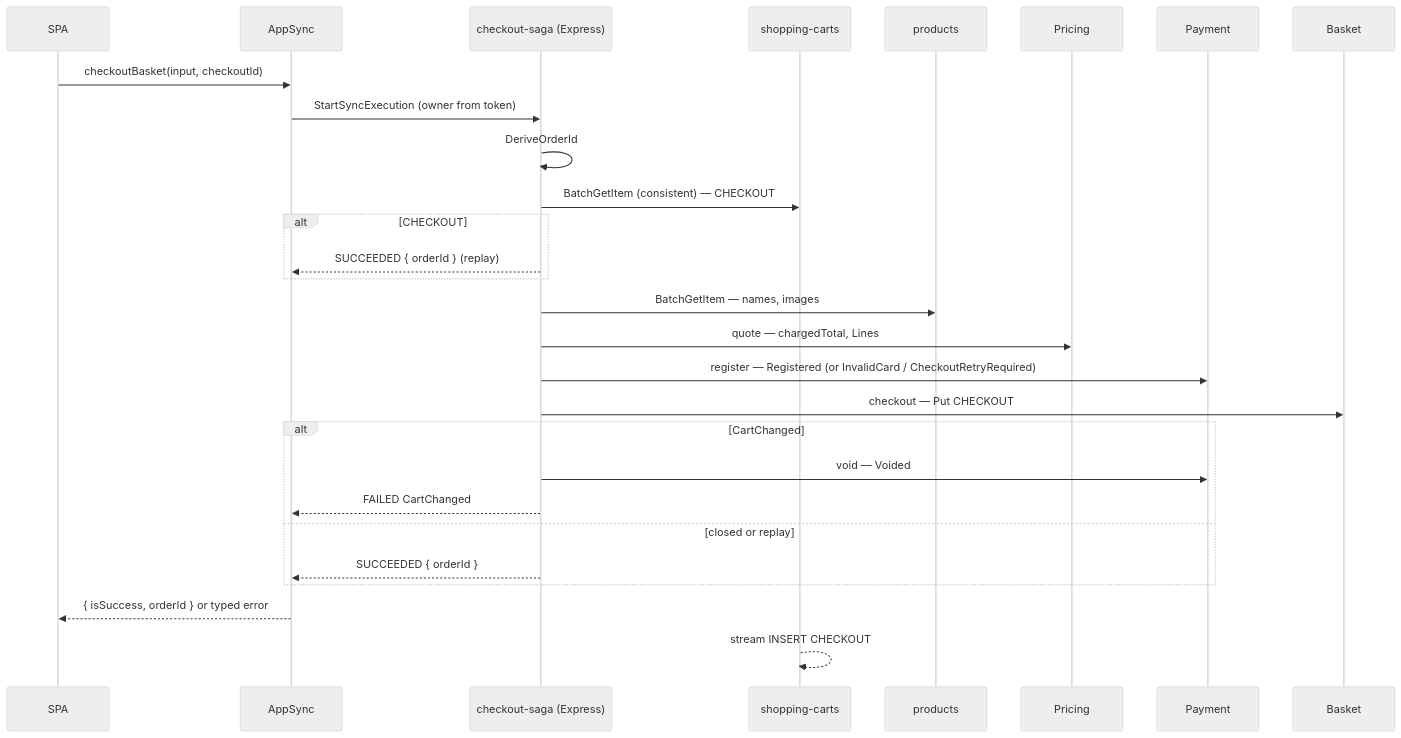
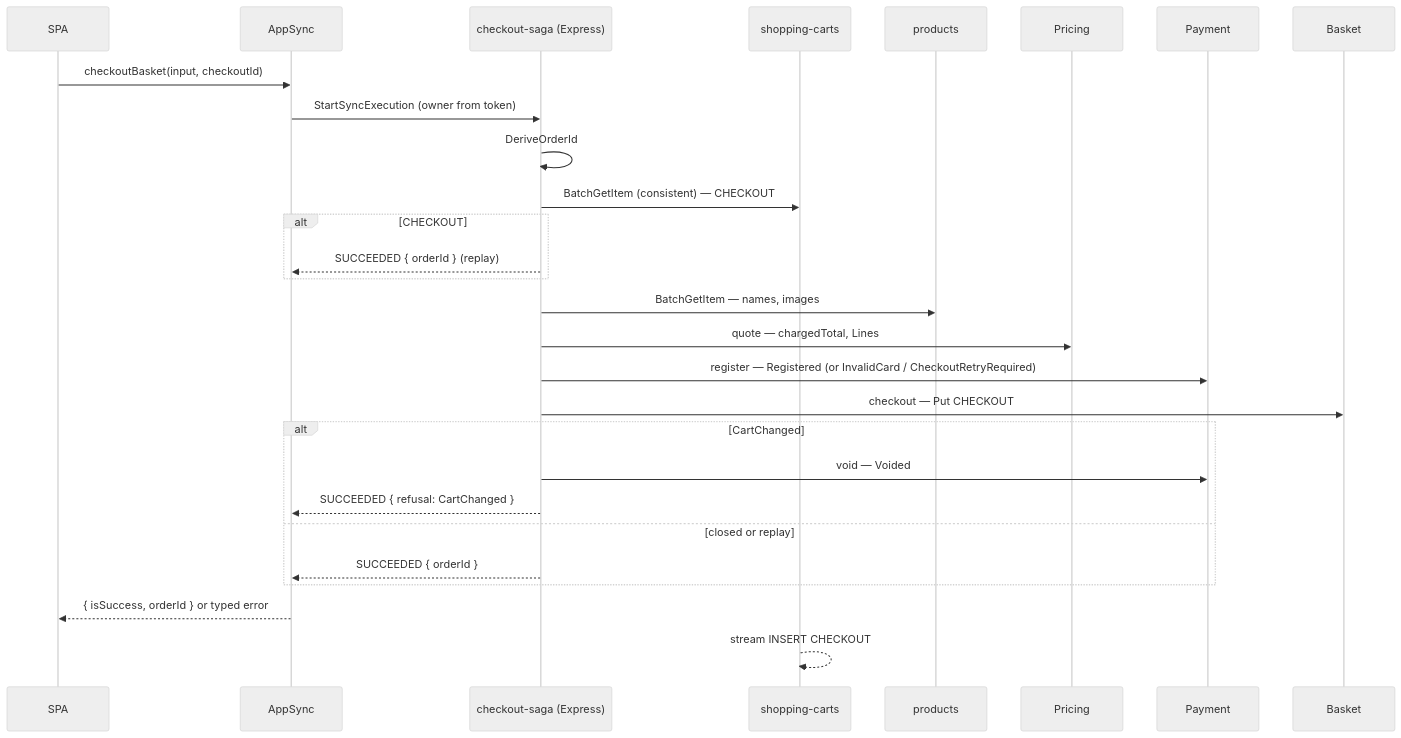
One commit to KeveenMenezes/DuckStore.AWS changed the diagram in docs/adr/0050-checkout-step-functions-express-saga.md. Above: the diagram before and after it, drawn with Mermaid (neutral theme). The commit also changed other lines of this file and 4 other files, not shown here.

````diff
--- a/docs/adr/0050-checkout-step-functions-express-saga.md
+++ b/docs/adr/0050-checkout-step-functions-express-saga.md
@@ -253,30 +257,30 @@
 ```mermaid
 sequenceDiagram
     participant SPA
     participant AppSync
     participant SFN as checkout-saga (Express)
     participant Cart as shopping-carts
     participant Cat as products
     participant Pricing
     participant Payment
     participant Basket
     SPA->>AppSync: checkoutBasket(input, checkoutId)
     AppSync->>SFN: StartSyncExecution (owner from token)
     SFN->>SFN: DeriveOrderId
     SFN->>Cart: BatchGetItem (consistent) — CHECKOUT# record, cart
     alt CHECKOUT# exists
         SFN-->>AppSync: SUCCEEDED { orderId } (replay)
     end
     SFN->>Cat: BatchGetItem — names, images
     SFN->>Pricing: quote — chargedTotal, Lines
     SFN->>Payment: register — Registered (or InvalidCard / CheckoutRetryRequired)
     SFN->>Basket: checkout — Put CHECKOUT# + Delete cart if Version (retried)
     alt CartChanged
         SFN->>Payment: void — Voided
-        SFN-->>AppSync: FAILED CartChanged
+        SFN-->>AppSync: SUCCEEDED { refusal: CartChanged }
     else closed or replay
         SFN-->>AppSync: SUCCEEDED { orderId }
     end
     AppSync-->>SPA: { isSuccess, orderId } or typed error
     Cart-->>Cart: stream INSERT CHECKOUT# → BasketCheckoutEvent (no card)
 ```
````
